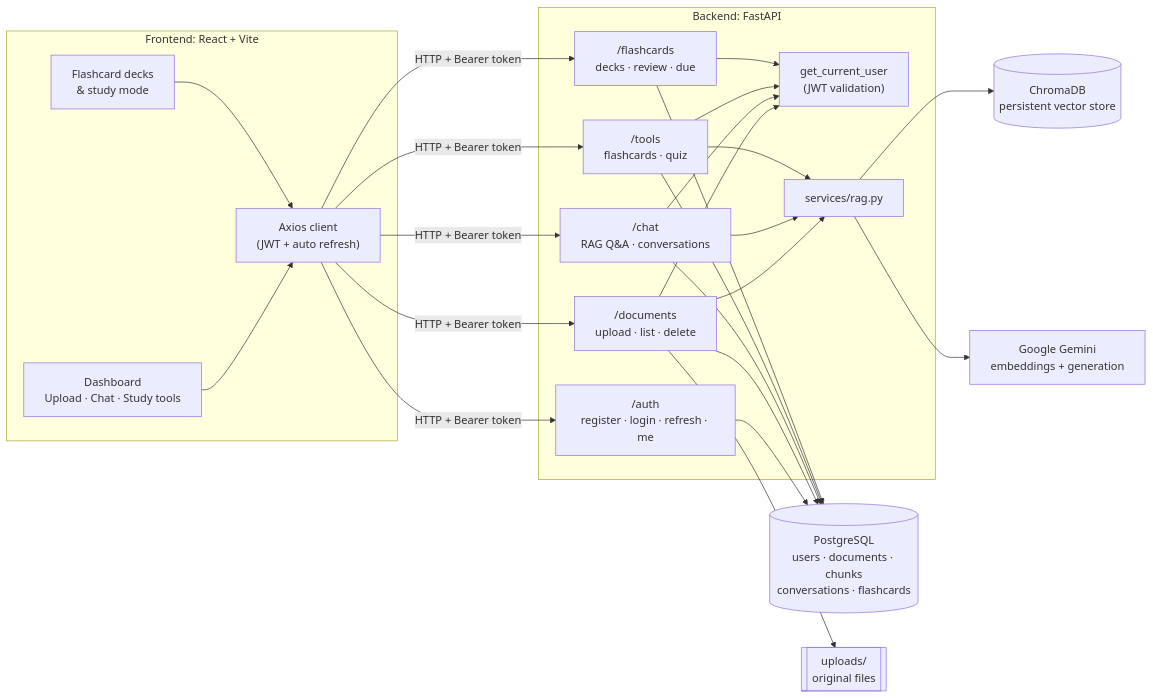
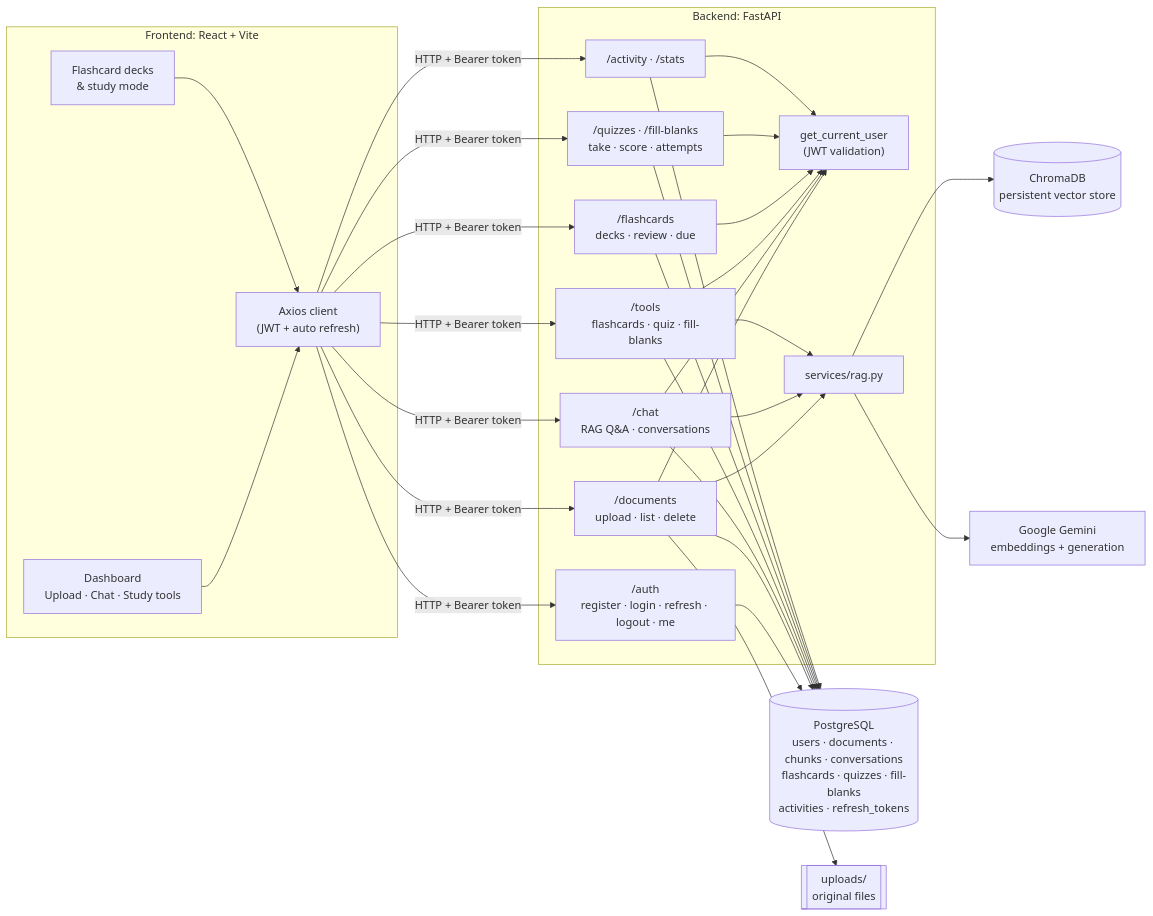
One commit to sbsai25/studyvault changed the first of 2 diagrams in README.md. Above: the diagram before and after it, drawn with Mermaid. The commit also changed other lines of this file, not shown here.

Commit message:
docs: document quizzes, fill-in-the-blanks, stats, SM-2, auth and Docker

````diff
--- a/README.md
+++ b/README.md
@@ -63,33 +74,35 @@
 ```mermaid
 flowchart LR
     subgraph Client["Frontend: React + Vite"]
         UI["Dashboard<br/>Upload · Chat · Study tools"]
         FC["Flashcard decks<br/>& study mode"]
         AX["Axios client<br/>(JWT + auto refresh)"]
         UI --> AX
         FC --> AX
     end
 
     subgraph API["Backend: FastAPI"]
-        AUTH["/auth<br/>register · login · refresh · me"]
+        AUTH["/auth<br/>register · login · refresh · logout · me"]
         DOCS["/documents<br/>upload · list · delete"]
         CHAT["/chat<br/>RAG Q&A · conversations"]
-        TOOLS["/tools<br/>flashcards · quiz"]
+        TOOLS["/tools<br/>flashcards · quiz · fill-blanks"]
         CARDS["/flashcards<br/>decks · review · due"]
+        PRACTICE["/quizzes · /fill-blanks<br/>take · score · attempts"]
+        STATS["/activity · /stats"]
         DEP["get_current_user<br/>(JWT validation)"]
         RAG["services/rag.py"]
     end
 
-    PG[("PostgreSQL<br/>users · documents · chunks<br/>conversations · flashcards")]
+    PG[("PostgreSQL<br/>users · documents · chunks · conversations<br/>flashcards · quizzes · fill-blanks<br/>activities · refresh_tokens")]
     CH[("ChromaDB<br/>persistent vector store")]
     FS[["uploads/<br/>original files"]]
     GEM["Google Gemini<br/>embeddings + generation"]
 
-    AX -->|HTTP + Bearer token| AUTH & DOCS & CHAT & TOOLS & CARDS
-    DOCS & CHAT & TOOLS & CARDS --> DEP
-    AUTH & DOCS & CHAT & TOOLS & CARDS --> PG
+    AX -->|HTTP + Bearer token| AUTH & DOCS & CHAT & TOOLS & CARDS & PRACTICE & STATS
+    DOCS & CHAT & TOOLS & CARDS & PRACTICE & STATS --> DEP
+    AUTH & DOCS & CHAT & TOOLS & CARDS & PRACTICE & STATS --> PG
     DOCS --> FS
     DOCS & CHAT & TOOLS --> RAG
     RAG --> CH
     RAG --> GEM
 ```
````
